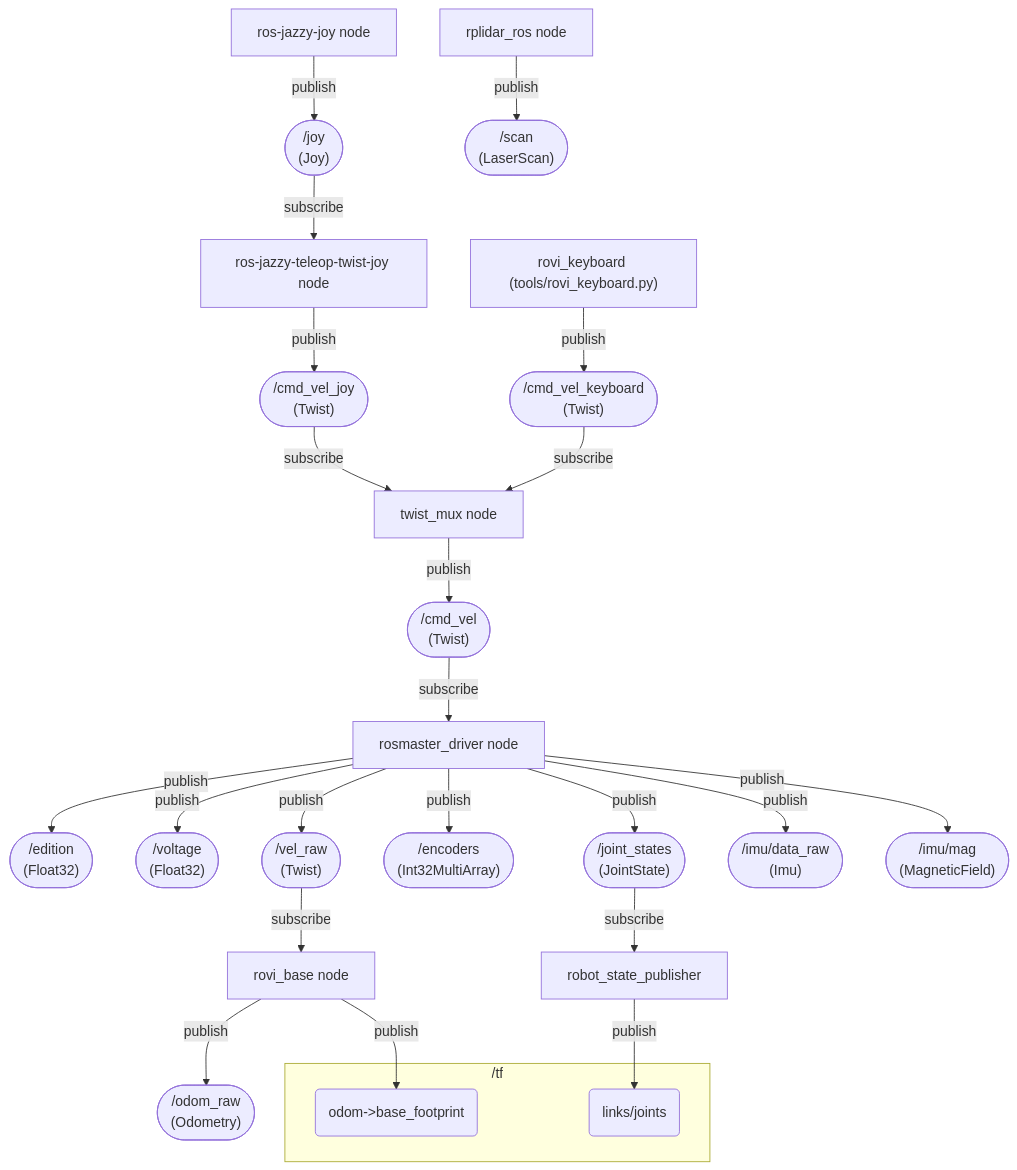
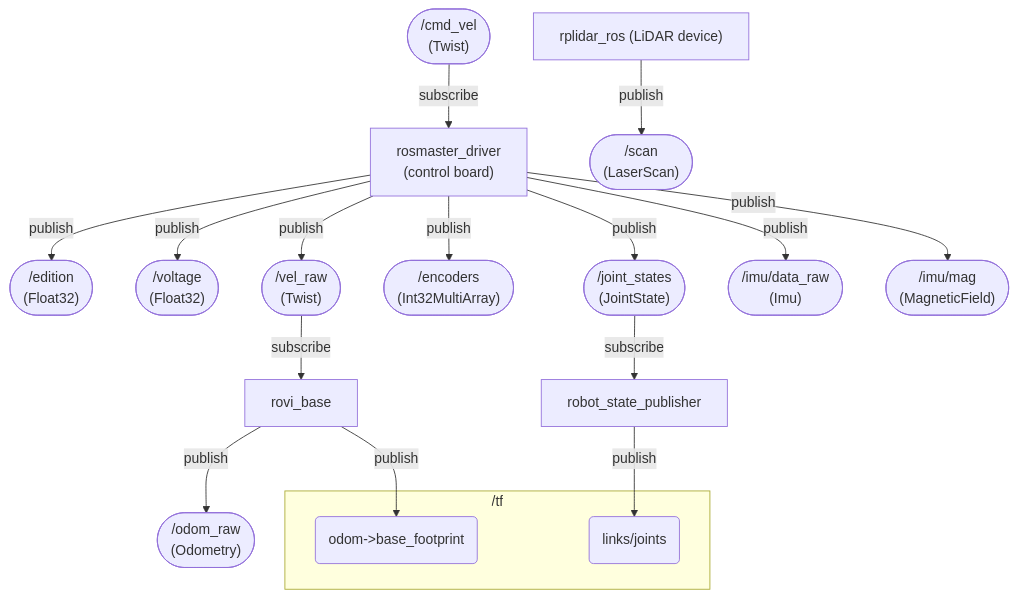
The third of 14 diagrams in README.md (Roblibs/rovi_ros_ws), drawn with Mermaid before and after one commit. The commit also changed other lines of this file, not shown here.

Commit message:
update README.md: revise flowcharts for real robot control and manual control sections

````diff
--- a/README.md
+++ b/README.md
@@ -270,60 +271,42 @@
 ```mermaid
 flowchart TD
-  Rosmaster[rosmaster_driver node]
+  CMD(["/cmd_vel<br/>(Twist)"])
+  Rosmaster["rosmaster_driver<br>(control board)"]
+  CMD -->|subscribe| Rosmaster
 
-  Joystick["ros-jazzy-joy node"]
-  JOY(["/joy<br/>(Joy)"])
-  Joystick -->|publish| JOY
-
-  RoviJoy["ros-jazzy-teleop-twist-joy node"]
-  JOY -->|subscribe| RoviJoy
-  CMD_JOY(["/cmd_vel_joy<br/>(Twist)"])
-  RoviJoy -->|publish| CMD_JOY
-
-  Keyboard["rovi_keyboard (tools/rovi_keyboard.py)"]
-  CMD_KEY(["/cmd_vel_keyboard<br/>(Twist)"])
-  Keyboard -->|publish| CMD_KEY
-
-  TwistMux["twist_mux node"]
-  CMD_JOY -->|subscribe| TwistMux
-  CMD_KEY -->|subscribe| TwistMux
-  CMD(["/cmd_vel<br/>(Twist)"])
-  TwistMux -->|publish| CMD
-
-  CMD -->|subscribe| Rosmaster
   EDT(["/edition<br/>(Float32)"])
   VOL(["/voltage<br/>(Float32)"])
   VRAW(["/vel_raw<br/>(Twist)"])
   JSTATE(["/joint_states<br/>(JointState)"])
   ENC(["/encoders<br/>(Int32MultiArray)"])
   IMU_RAW(["/imu/data_raw<br/>(Imu)"])
   MAG(["/imu/mag<br/>(MagneticField)"])
   Rosmaster -->|publish| EDT
   Rosmaster -->|publish| VOL
   Rosmaster -->|publish| VRAW
   Rosmaster -->|publish| ENC
   Rosmaster -->|publish| JSTATE
   Rosmaster -->|publish| IMU_RAW
   Rosmaster -->|publish| MAG
 
-  RoviBase["rovi_base node"]
+  RoviBase["rovi_base"]
   VRAW -->|subscribe| RoviBase
   ODRAW(["/odom_raw<br/>(Odometry)"])
 
   subgraph TF["/tf"]
     TF_ODOM_BASE("odom->base_footprint")
     TF_LINKS_JOINTS("links/joints")
   end
 
   RoviBase -->|publish| ODRAW
   RoviBase -->|publish| TF_ODOM_BASE
 
   RSP["robot_state_publisher"]
   JSTATE -->|subscribe| RSP
   RSP -->|publish| TF_LINKS_JOINTS
 
-  RPLidar["rplidar_ros node"]
+  RPLidar["rplidar_ros (LiDAR device)"]
   SCAN(["/scan<br/>(LaserScan)"])
   RPLidar -->|publish| SCAN
 
 ```
````
